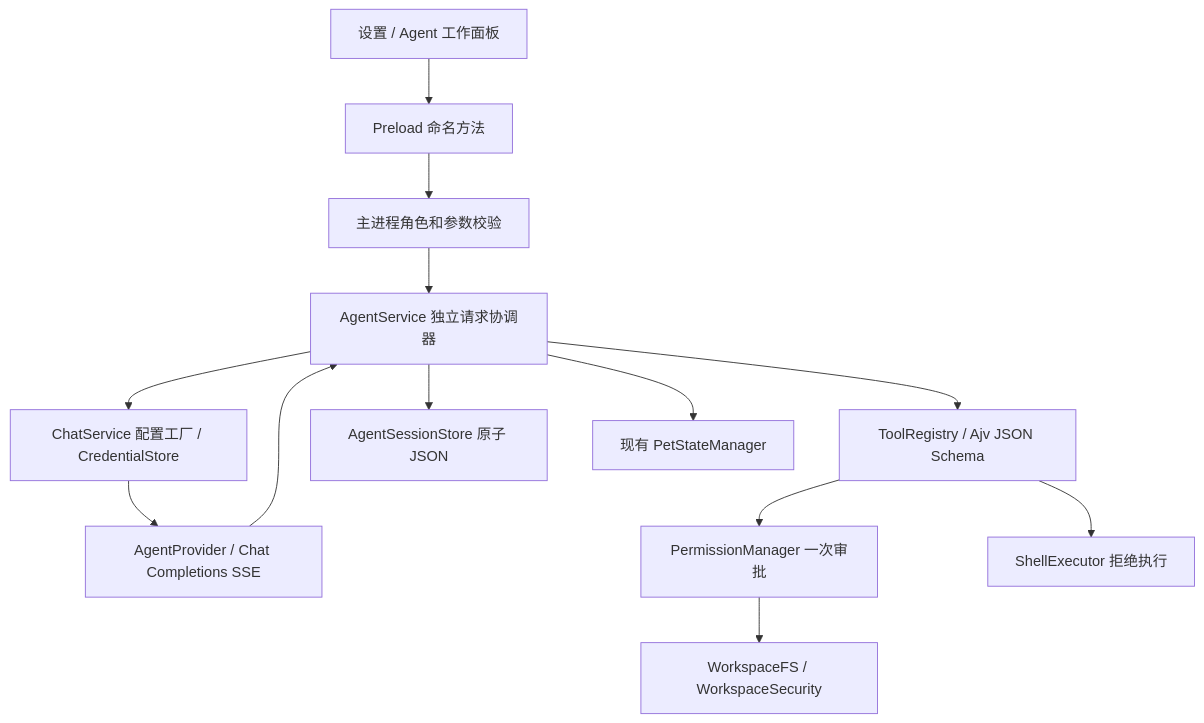
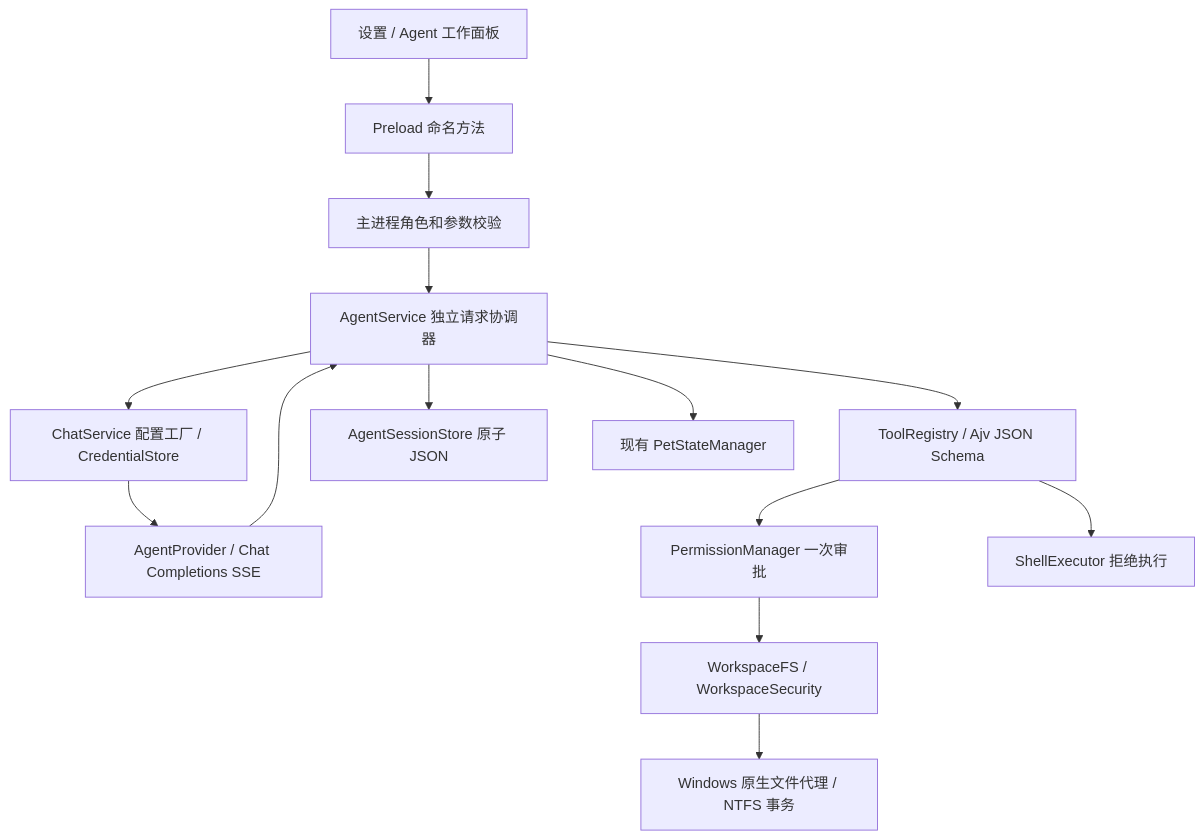
Before and after one commit to f18192819/desktop_pet: the diagram in docs/STAGE3.md, drawn with Mermaid. The commit also changed other lines of this file and 13 other files, not shown here.

Commit message:
Harden Windows workspace mutations with NTFS transactions

````diff
--- a/docs/STAGE3.md
+++ b/docs/STAGE3.md
@@ -13,15 +15,16 @@
 ```mermaid
 flowchart TD
   UI[设置 / Agent 工作面板] --> P[Preload 命名方法]
   P --> I[主进程角色和参数校验]
   I --> A[AgentService 独立请求协调器]
   A --> C[ChatService 配置工厂 / CredentialStore]
   C --> AP[AgentProvider / Chat Completions SSE]
   AP --> A
   A --> T[ToolRegistry / Ajv JSON Schema]
   T --> PM[PermissionManager 一次审批]
   PM --> FS[WorkspaceFS / WorkspaceSecurity]
+  FS --> W[Windows 原生文件代理 / NTFS 事务]
   T --> S[ShellExecutor 拒绝执行]
   A --> DB[AgentSessionStore 原子 JSON]
   A --> PET[现有 PetStateManager]
 ```
````
